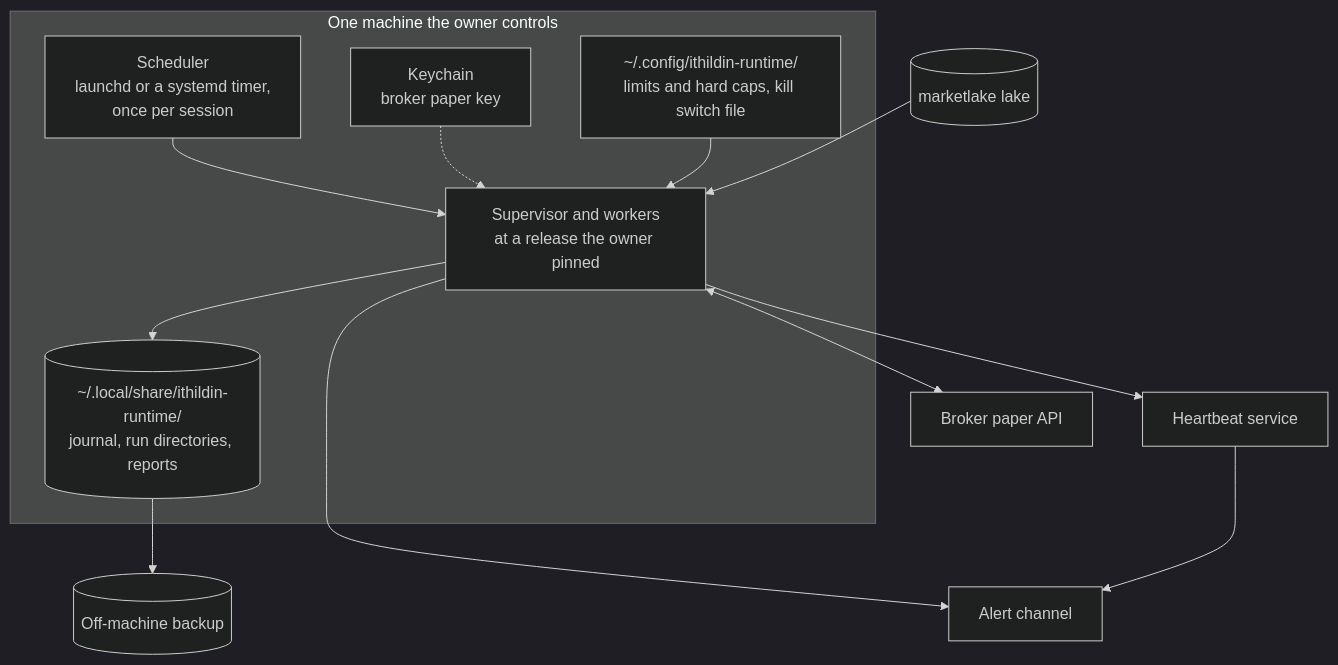
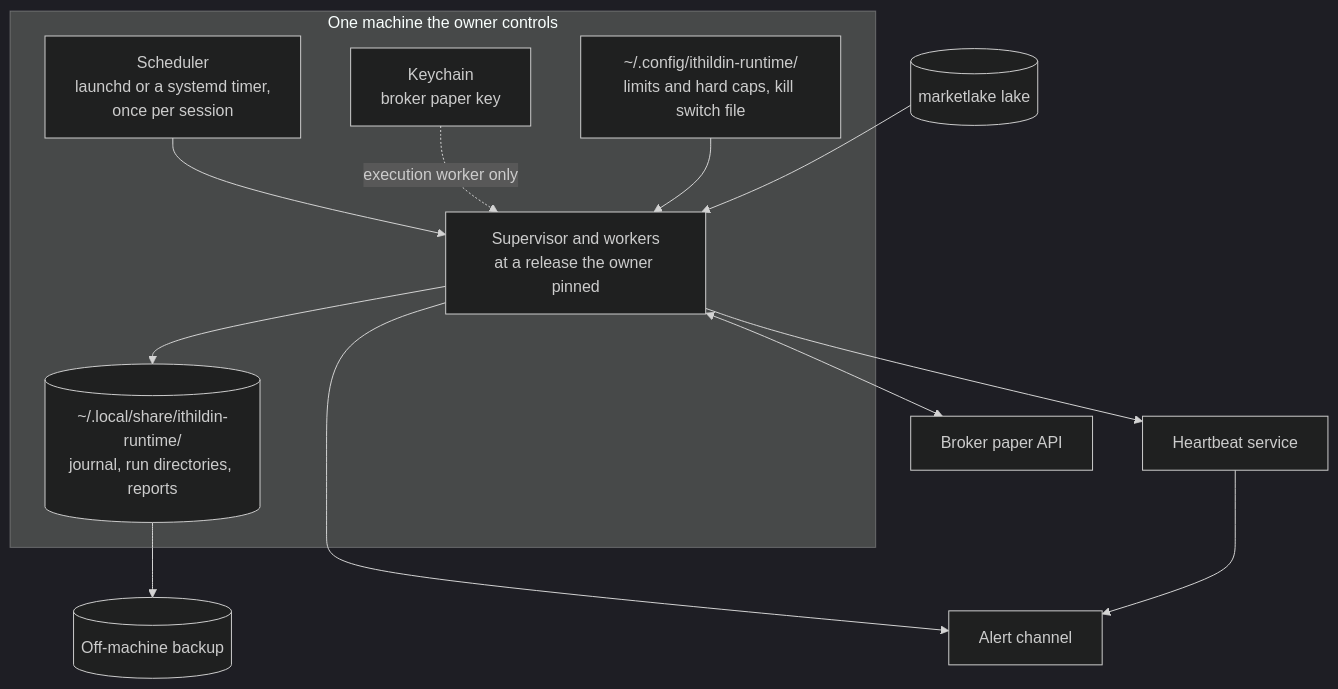
Before and after one commit to l3a0/ithildin-runtime: diagram 15 of 16 in docs/architecture.md, drawn with Mermaid (dark theme). The commit also changed other lines of this file and 2 other files, not shown here.

First line of the commit message:
docs(architecture): fix what the review of the process revision found

````diff
--- a/docs/architecture.md
+++ b/docs/architecture.md
@@ -1216,26 +1344,26 @@
 ```mermaid
 flowchart TB
     subgraph host["One machine the owner controls"]
         timer["Scheduler<br/>launchd or a systemd timer,<br/>once per session"]
         run["Supervisor and workers<br/>at a release the owner pinned"]
         keychain["Keychain<br/>broker paper key"]
         cfg["~/.config/ithildin-runtime/<br/>limits and hard caps, kill switch file"]
         store[("~/.local/share/ithildin-runtime/<br/>journal, run directories, reports")]
         timer --> run
-        keychain -.-> run
+        keychain -. "execution worker only" .-> run
         cfg --> run
         run --> store
     end
     lake[("marketlake lake")]
     broker["Broker paper API"]
     backup[("Off-machine backup")]
     beat["Heartbeat service"]
     alerts["Alert channel"]
 
     lake --> run
     run <--> broker
     store --> backup
     run --> beat
     run --> alerts
     beat --> alerts
 ```
````
